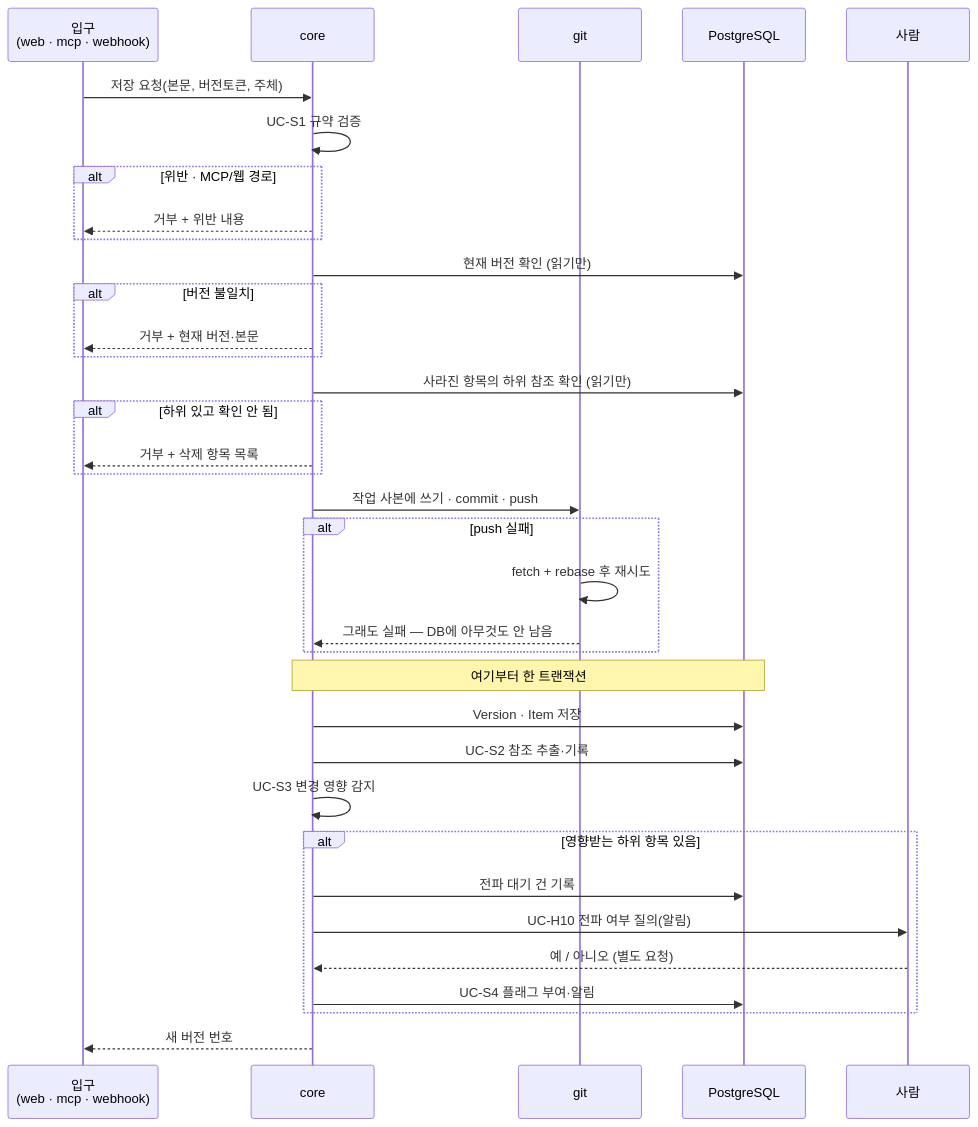
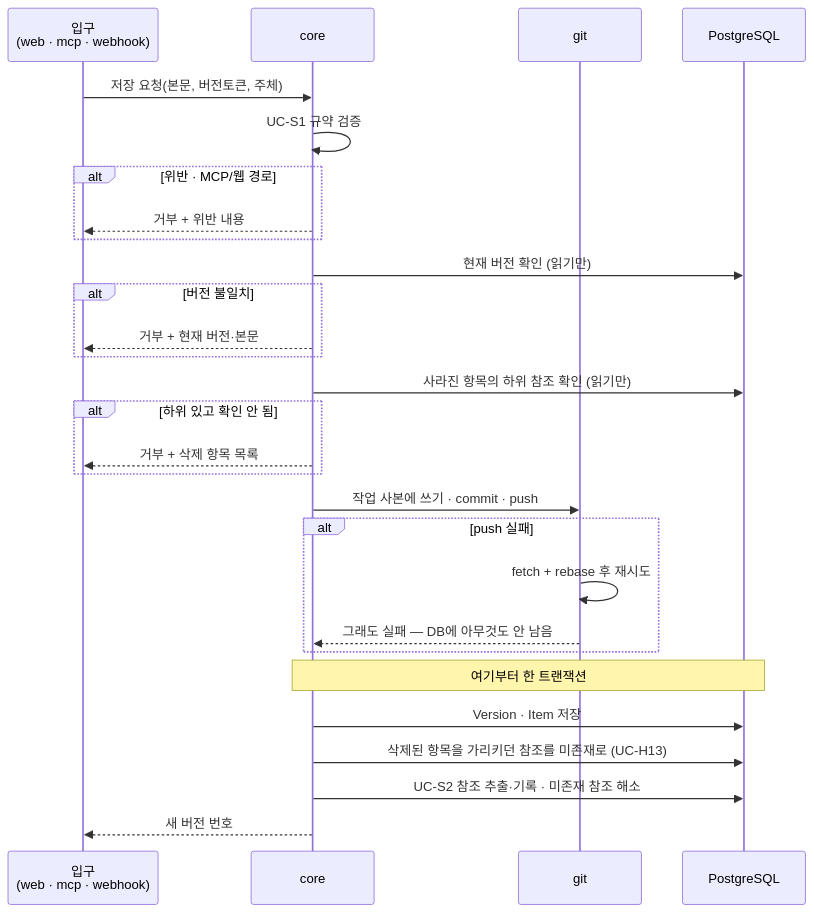
Before and after one commit to HoyoungParkme/syncdoc: the second of 2 diagrams in docs/specs/05-INFRA/SYNC-INFRA-001.md, drawn with Mermaid. The commit also changed other lines of this file and 100 other files, not shown here.

````diff
--- a/docs/specs/05-INFRA/SYNC-INFRA-001.md
+++ b/docs/specs/05-INFRA/SYNC-INFRA-001.md
@@ -160,38 +156,31 @@
 ```mermaid
 sequenceDiagram
     participant E as 입구<br/>(web · mcp · webhook)
     participant P as core
     participant R as git
     participant D as PostgreSQL
-    participant H as 사람
 
     E->>P: 저장 요청(본문, 버전토큰, 주체)
     P->>P: UC-S1 규약 검증
     alt 위반 · MCP/웹 경로
         P-->>E: 거부 + 위반 내용
     end
     P->>D: 현재 버전 확인 (읽기만)
     alt 버전 불일치
         P-->>E: 거부 + 현재 버전·본문
     end
     P->>D: 사라진 항목의 하위 참조 확인 (읽기만)
     alt 하위 있고 확인 안 됨
         P-->>E: 거부 + 삭제 항목 목록
     end
     P->>R: 작업 사본에 쓰기 · commit · push
     alt push 실패
         R->>R: fetch + rebase 후 재시도
         R-->>P: 그래도 실패 — DB에 아무것도 안 남음
     end
     Note over P,D: 여기부터 한 트랜잭션
     P->>D: Version · Item 저장
-    P->>D: UC-S2 참조 추출·기록
-    P->>P: UC-S3 변경 영향 감지
-    alt 영향받는 하위 항목 있음
-        P->>D: 전파 대기 건 기록
-        P->>H: UC-H10 전파 여부 질의(알림)
-        H-->>P: 예 / 아니오 (별도 요청)
-        P->>D: UC-S4 플래그 부여·알림
-    end
+    P->>D: 삭제된 항목을 가리키던 참조를 미존재로 (UC-H13)
+    P->>D: UC-S2 참조 추출·기록 · 미존재 참조 해소
     P-->>E: 새 버전 번호
 ```
````
